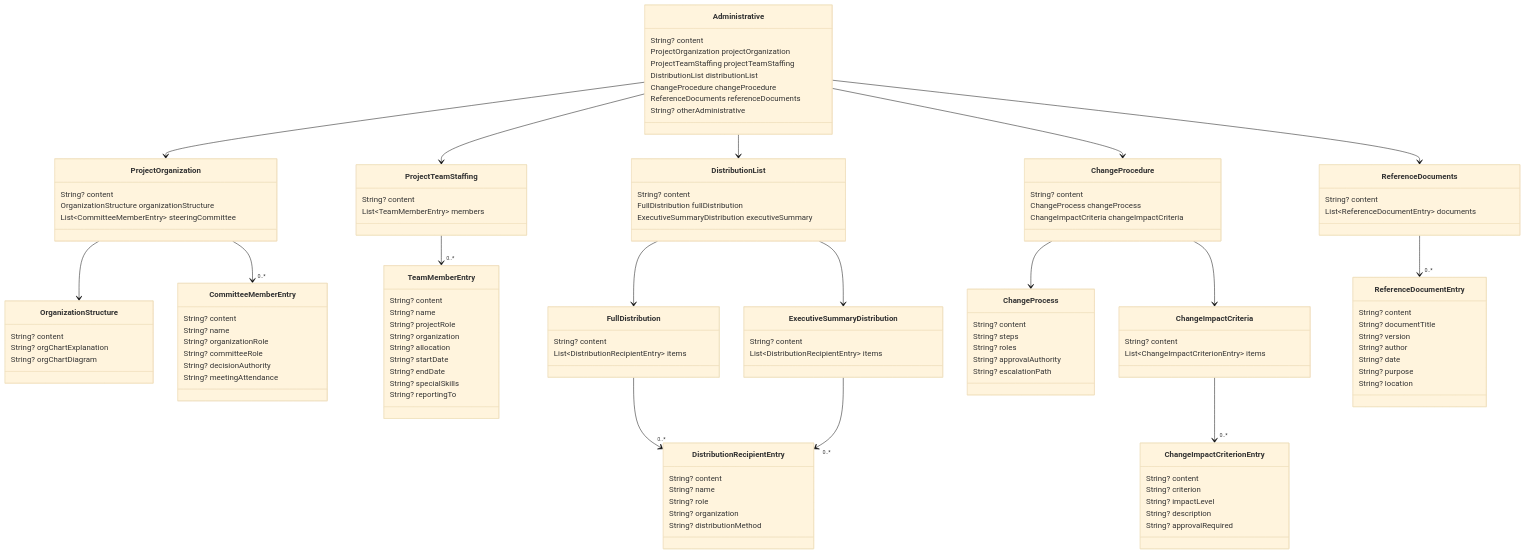
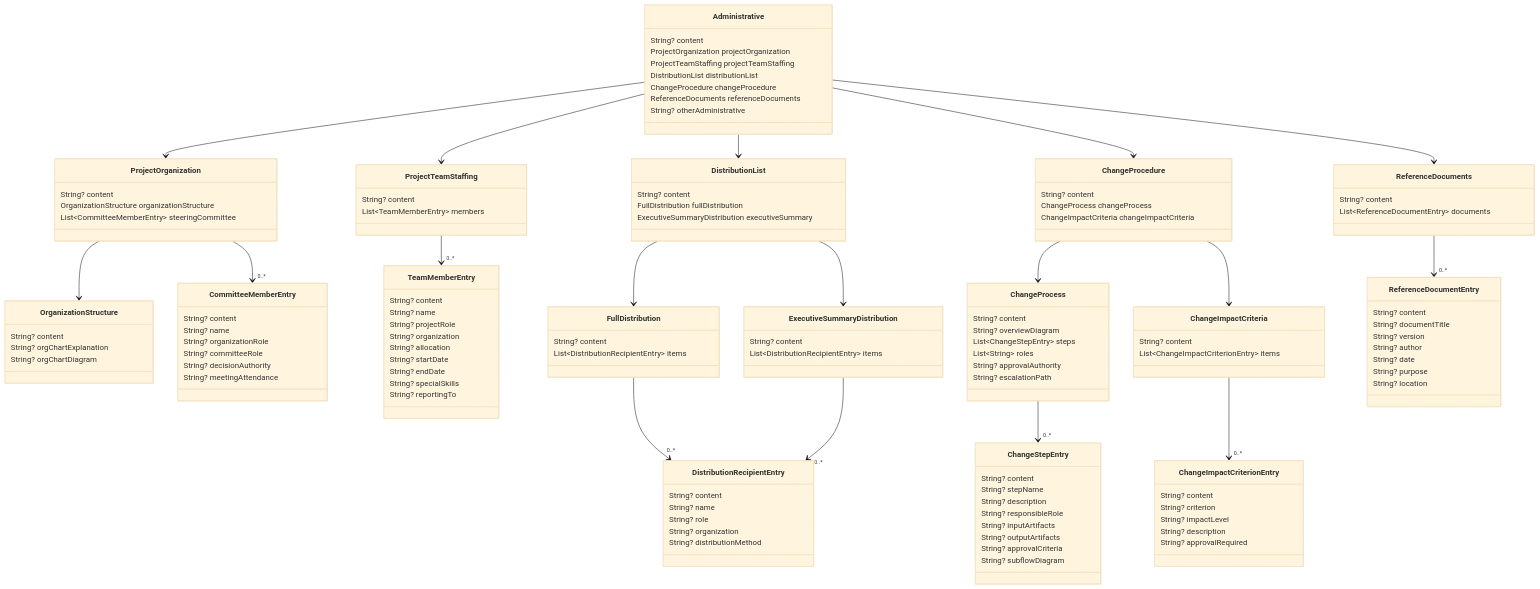
Before and after one commit to al-the-bear/tom_ai_build: the fifth of 22 diagrams in tom_specs_model/doc/pd_project_definition_model.md, drawn with Mermaid (base theme). The commit also changed other lines of this file and 15 other files, not shown here.

````diff
--- a/tom_specs_model/doc/pd_project_definition_model.md
+++ b/tom_specs_model/doc/pd_project_definition_model.md
@@ -334,10 +380,22 @@
 
     class ChangeProcess {
         String? content
-        String? steps
-        String? roles
+        String? overviewDiagram
+        List~ChangeStepEntry~ steps
+        List~String~ roles
         String? approvalAuthority
         String? escalationPath
+    }
+
+    class ChangeStepEntry {
+        String? content
+        String? stepName
+        String? description
+        String? responsibleRole
+        String? inputArtifacts
+        String? outputArtifacts
+        String? approvalCriteria
+        String? subflowDiagram
     }
 
     class ChangeImpactCriteria {
@@ -382,6 +440,7 @@
     ExecutiveSummaryDistribution --> "0..*" DistributionRecipientEntry
     ChangeProcedure --> ChangeProcess
     ChangeProcedure --> ChangeImpactCriteria
+    ChangeProcess --> "0..*" ChangeStepEntry
     ChangeImpactCriteria --> "0..*" ChangeImpactCriterionEntry
     ReferenceDocuments --> "0..*" ReferenceDocumentEntry
 ```
````
